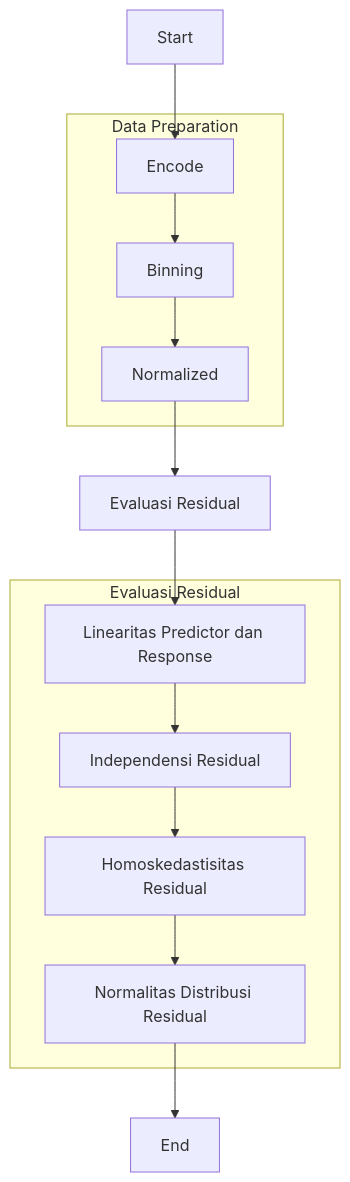
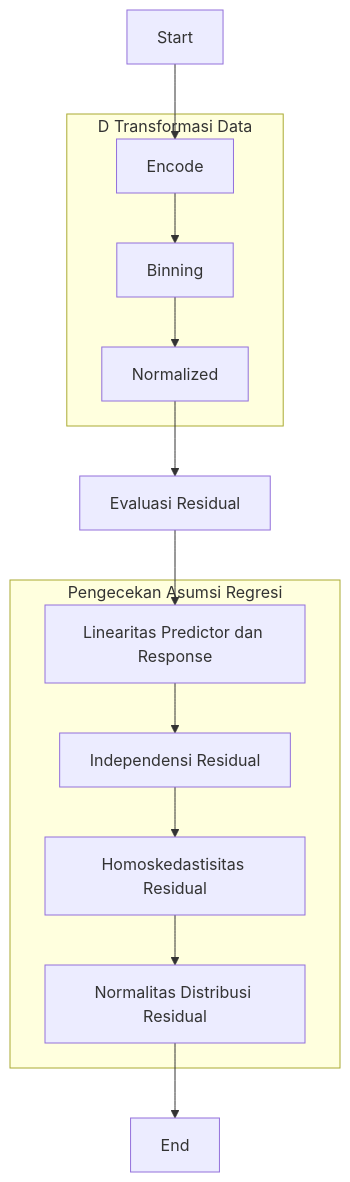
The fifth of 5 diagrams in README.md (AkbarArsanata/Analisis-Freelancer), drawn with Mermaid before and after one commit. The commit also changed other lines of this file, not shown here.

````diff
--- a/README.md
+++ b/README.md
@@ -449,25 +449,25 @@
 ```mermaid
 graph TD
     A[Start] --> B[Encode]
     B --> C[Binning]
     C --> D[Normalized]
     D --> E[Evaluasi Residual]
     E --> F[Linearitas Predictor dan Response]
     F --> G[Independensi Residual]
     G --> H[Homoskedastisitas Residual]
     H --> I[Normalitas Distribusi Residual]
     I --> J[End]
 
-    subgraph Data Preparation
+    subgraph D Transformasi Data
         B[Encode]
         C[Binning]
         D[Normalized]
     end
 
-    subgraph Evaluasi Residual
+    subgraph Pengecekan Asumsi Regresi
         F[Linearitas Predictor dan Response]
         G[Independensi Residual]
         H[Homoskedastisitas Residual]
         I[Normalitas Distribusi Residual]
     end
 ```
````
